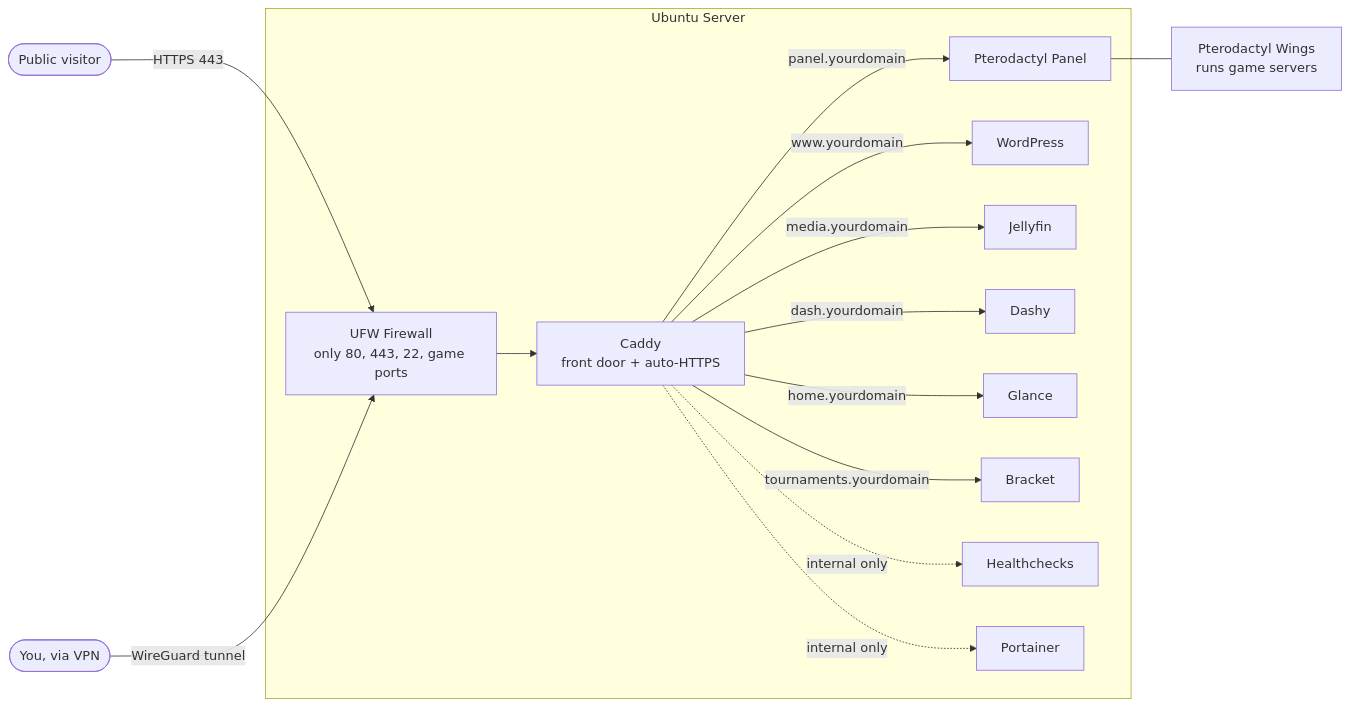
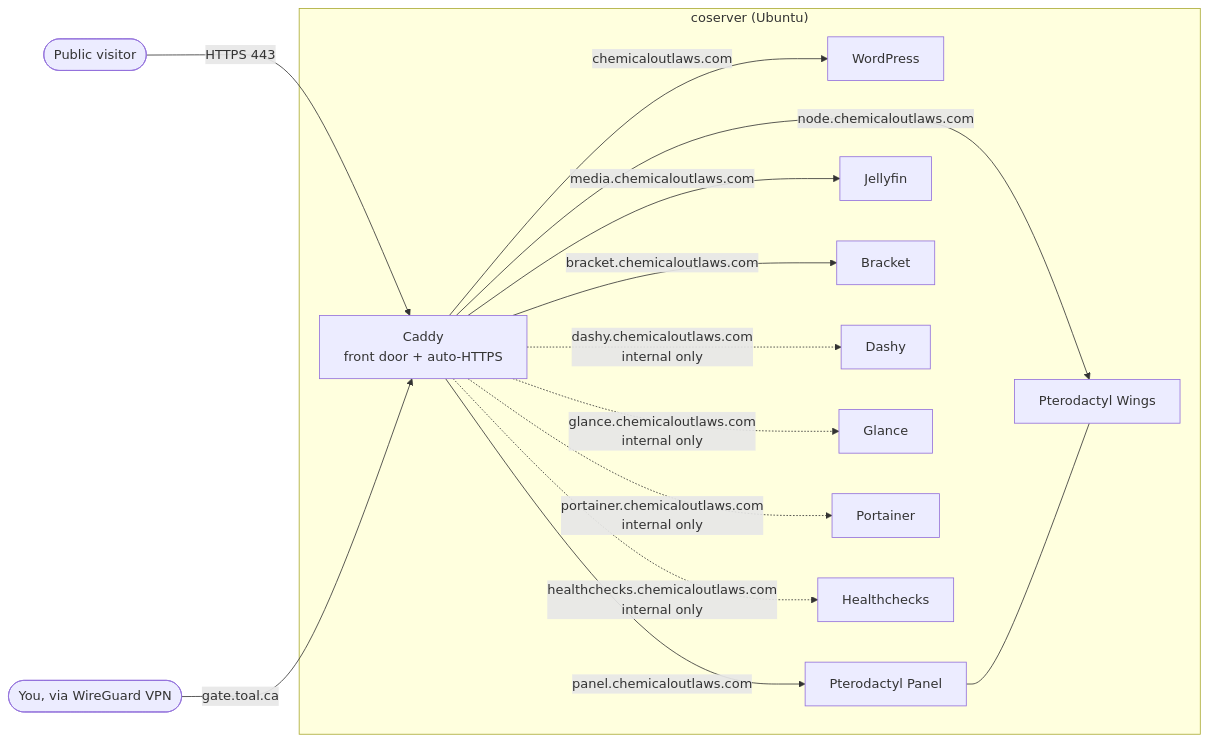
One commit to sage905/final changed the first of 3 diagrams in docs/Server-Guide.md. Above: the diagram before and after it, drawn with Mermaid. The commit also changed other lines of this file, not shown here.

````diff
--- a/docs/Server-Guide.md
+++ b/docs/Server-Guide.md
@@ -42,21 +58,21 @@
 ```mermaid
 flowchart LR
-    User([Public visitor]) -->|HTTPS 443| FW
-    Admin([You, via VPN]) -->|WireGuard tunnel| FW
+    User([Public visitor]) -->|HTTPS 443| Caddy
+    Admin([You, via WireGuard VPN]) -->|gate.toal.ca| Caddy
 
-    subgraph Server["Ubuntu Server"]
-        FW[UFW Firewall<br/>only 80, 443, 22, game ports]
-        FW --> Caddy[Caddy<br/>front door + auto-HTTPS]
+    subgraph Server["coserver (Ubuntu)"]
+        Caddy[Caddy<br/>front door + auto-HTTPS]
 
-        Caddy -->|panel.yourdomain| Ptero[Pterodactyl Panel]
-        Caddy -->|www.yourdomain| WP[WordPress]
-        Caddy -->|media.yourdomain| JF[Jellyfin]
-        Caddy -->|dash.yourdomain| Dashy[Dashy]
-        Caddy -->|home.yourdomain| Glance[Glance]
-        Caddy -->|tournaments.yourdomain| Bracket[Bracket]
-        Caddy -.->|internal only| HC[Healthchecks]
-        Caddy -.->|internal only| Port[Portainer]
+        Caddy -->|chemicaloutlaws.com| WP[WordPress]
+        Caddy -->|panel.chemicaloutlaws.com| Ptero[Pterodactyl Panel]
+        Caddy -->|node.chemicaloutlaws.com| Wings[Pterodactyl Wings]
+        Caddy -->|media.chemicaloutlaws.com| JF[Jellyfin]
+        Caddy -->|bracket.chemicaloutlaws.com| Bracket[Bracket]
+        Caddy -.->|dashy.chemicaloutlaws.com<br/>internal only| Dashy[Dashy]
+        Caddy -.->|glance.chemicaloutlaws.com<br/>internal only| Glance[Glance]
+        Caddy -.->|portainer.chemicaloutlaws.com<br/>internal only| Port[Portainer]
+        Caddy -.->|healthchecks.chemicaloutlaws.com<br/>internal only| HC[Healthchecks]
     end
 
-    Ptero --- Wings[Pterodactyl Wings<br/>runs game servers]
+    Ptero --- Wings
 ```
````
